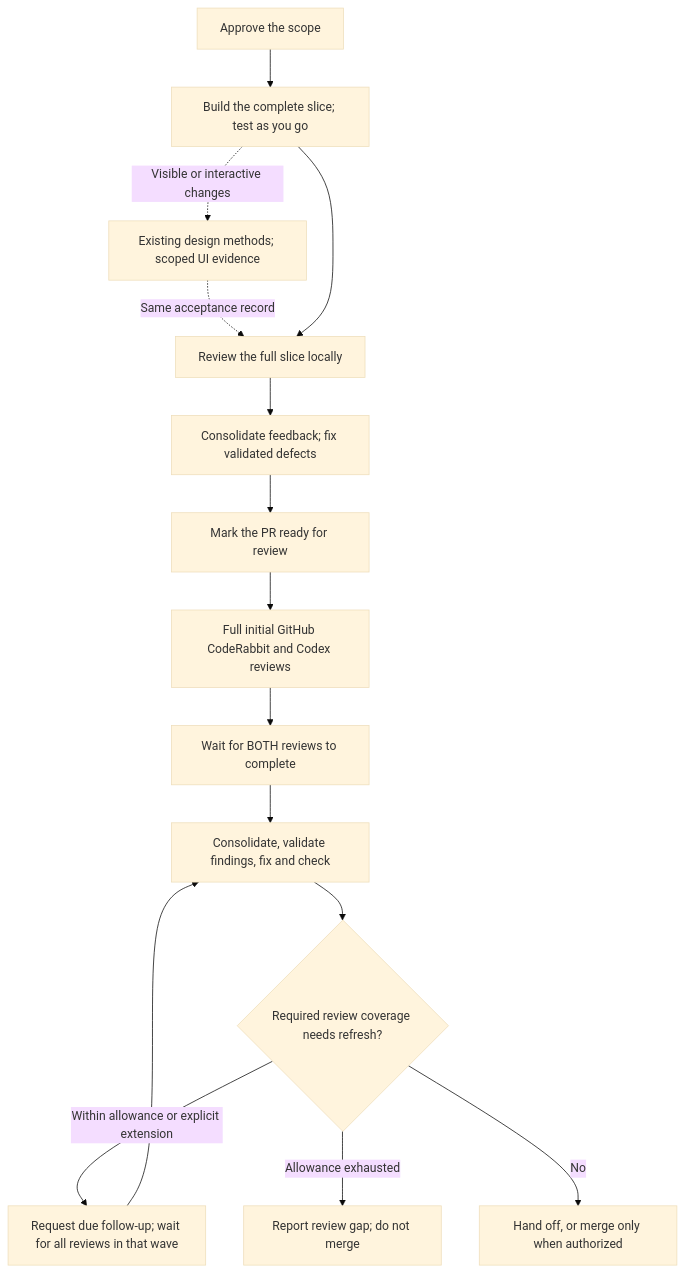
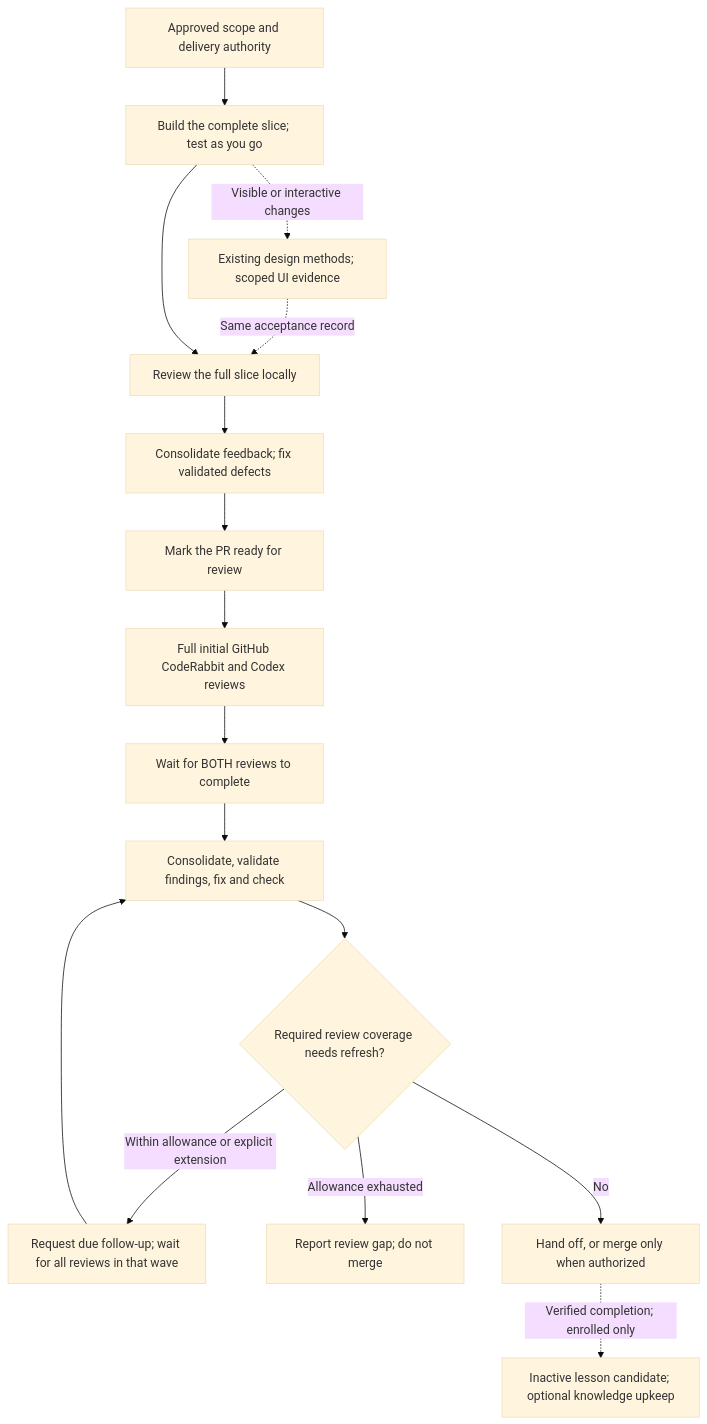
Before and after one commit to digitalpilipinas/rogemar-agent-toolkit: the diagram in README.md, drawn with Mermaid (base theme). The commit also changed other lines of this file and 91 other files, not shown here.

````diff
--- a/README.md
+++ b/README.md
@@ -135,17 +140,18 @@
 ```mermaid
 flowchart TD
-    plan["Approve the scope"] --> build["Build the complete slice; test as you go"]
+    plan["Approved scope and delivery authority"] --> build["Build the complete slice; test as you go"]
     build -. "Visible or interactive changes" .-> ui["Existing design methods; scoped UI evidence"]
     ui -. "Same acceptance record" .-> local
     build --> local["Review the full slice locally"]
     local --> fixes["Consolidate feedback; fix validated defects"]
     fixes --> ready["Mark the PR ready for review"]
     ready --> cloud["Full initial GitHub CodeRabbit and Codex reviews"]
     cloud --> both["Wait for BOTH reviews to complete"]
     both --> finish["Consolidate, validate findings, fix and check"]
     finish --> due{"Required review coverage needs refresh?"}
     due -->|"Within allowance or explicit extension"| follow["Request due follow-up; wait for all reviews in that wave"]
     follow --> finish
     due -->|"Allowance exhausted"| blocked["Report review gap; do not merge"]
     due -->|"No"| handoff["Hand off, or merge only when authorized"]
+    handoff -. "Verified completion; enrolled only" .-> learn["Inactive lesson candidate; optional knowledge upkeep"]
 ```
````
